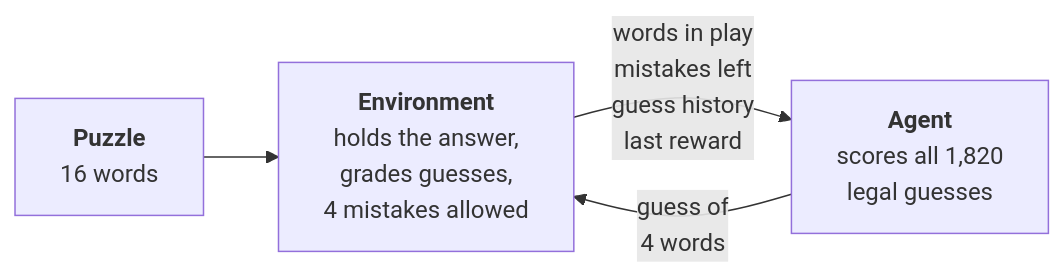
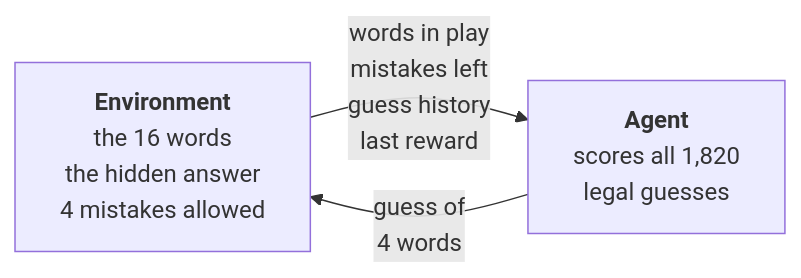
One commit to thomassems/ConnectionsRL changed the diagram in README.md. Above: the diagram before and after it, drawn with Mermaid.

Commit message:
Shrink the environment diagram further
The previous pass took it from 807px to 702px, which still overflows the
narrower blob view of README.md. Folding the separate Puzzle node into the
Environment brings it to 529px.

````diff
--- a/README.md
+++ b/README.md
@@ -27,8 +27,7 @@
 ```mermaid
 flowchart LR
-    P["<b>Puzzle</b><br/>16 words"] --> E
-    E["<b>Environment</b><br/>holds the answer,<br/>grades guesses,<br/>4 mistakes allowed"]
+    E["<b>Environment</b><br/>the 16 words<br/>the hidden answer<br/>4 mistakes allowed"]
     A["<b>Agent</b><br/>scores all 1,820<br/>legal guesses"]
     E -->|"words in play<br/>mistakes left<br/>guess history<br/>last reward"| A
     A -->|"guess of<br/>4 words"| E
 ```
````
